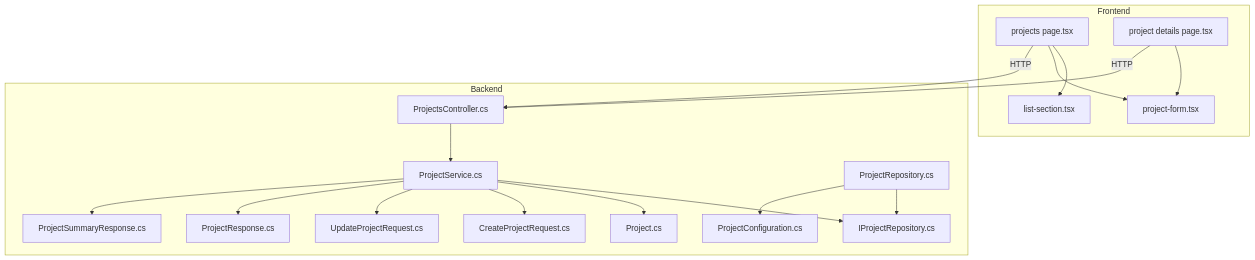
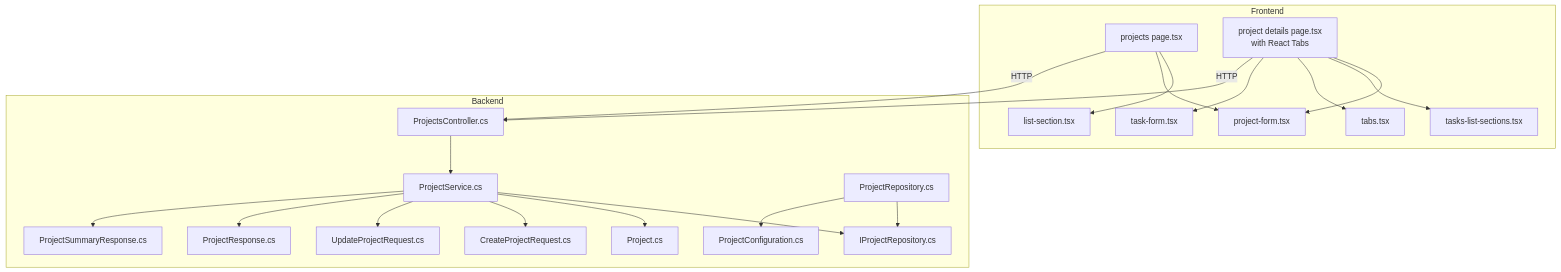
Before and after one commit to jejejesus/TaskFlow: the first of 14 diagrams in .qoder/repowiki/en/content/Project Management Feature/Project Management Feature.md, drawn with Mermaid. The commit also changed other lines of this file and 21 other files, not shown here.

````diff
--- a/.qoder/repowiki/en/content/Project Management Feature/Project Management Feature.md
+++ b/.qoder/repowiki/en/content/Project Management Feature/Project Management Feature.md
@@ -41,35 +52,41 @@
 ```mermaid
 graph TB
 subgraph "Frontend"
 PList["projects page.tsx"]
-PDetail["project details page.tsx"]
+PDetail["project details page.tsx<br/>with React Tabs"]
 PForm["project-form.tsx"]
 PListSection["list-section.tsx"]
+PTasksList["tasks-list-sections.tsx"]
+TabsUI["tabs.tsx"]
+TaskForm["task-form.tsx"]
 end
 subgraph "Backend"
 Ctl["ProjectsController.cs"]
 Svc["ProjectService.cs"]
 RepoIntf["IProjectRepository.cs"]
 RepoImpl["ProjectRepository.cs"]
 Domain["Project.cs"]
 DtoC["CreateProjectRequest.cs"]
 DtoU["UpdateProjectRequest.cs"]
 DtoR["ProjectResponse.cs"]
 DtoS["ProjectSummaryResponse.cs"]
 DbCfg["ProjectConfiguration.cs"]
 end
 PList --> PListSection
 PList --> PForm
 PDetail --> PForm
+PDetail --> PTasksList
+PDetail --> TabsUI
+PDetail --> TaskForm
 PList --> |HTTP| Ctl
 PDetail --> |HTTP| Ctl
 Ctl --> Svc
 Svc --> RepoIntf
 RepoImpl --> RepoIntf
 Svc --> Domain
 Svc --> DtoC
 Svc --> DtoU
 Svc --> DtoR
 Svc --> DtoS
 RepoImpl --> DbCfg
 ```
````
